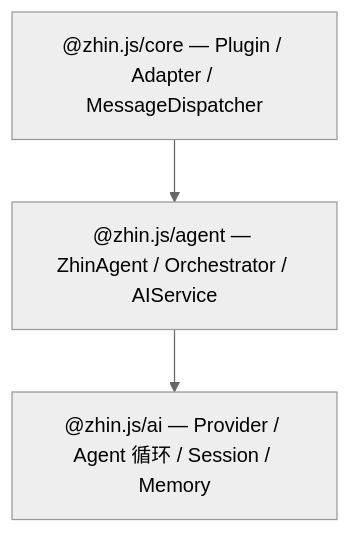
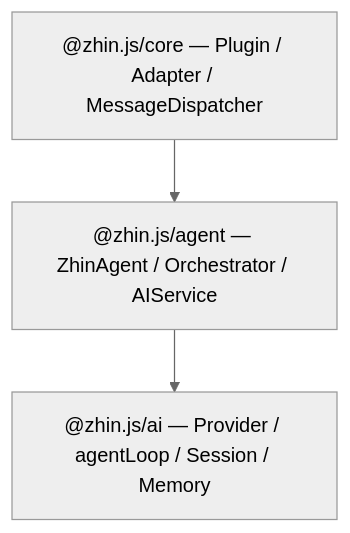
One commit to zhinjs/zhin changed the first of 2 diagrams in docs/advanced/agent-concepts.md. Above: the diagram before and after it, drawn with Mermaid (neutral theme). The commit also changed other lines of this file and 115 other files, not shown here.

First line of the commit message:
docs: enhance AI module documentation and update architecture references

````diff
--- a/docs/advanced/agent-concepts.md
+++ b/docs/advanced/agent-concepts.md
@@ -7,7 +7,7 @@
 ```mermaid
 flowchart TB
   IM["@zhin.js/core — Plugin / Adapter / MessageDispatcher"]
   Agent["@zhin.js/agent — ZhinAgent / Orchestrator / AIService"]
-  AI["@zhin.js/ai — Provider / Agent 循环 / Session / Memory"]
+  AI["@zhin.js/ai — Provider / agentLoop / Session / Memory"]
   IM --> Agent --> AI
 ```
````
